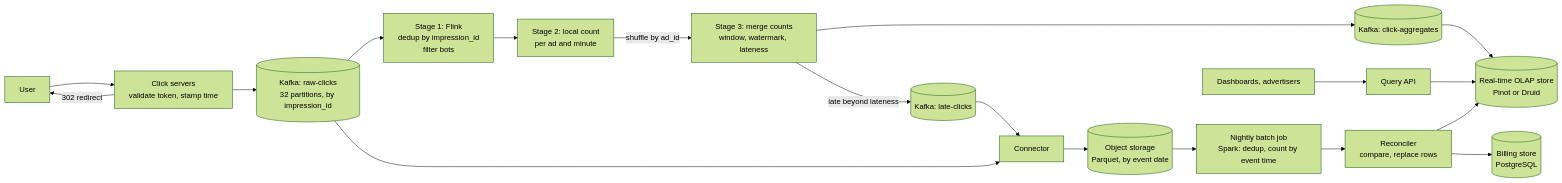
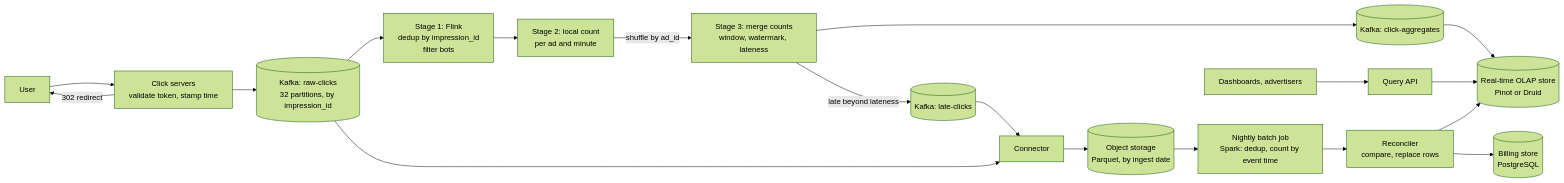
Before and after one commit to chaandharaghav/dsa-interview-guide: the first of 3 diagrams in kb/hld/case-studies/21-ad-click-aggregation.md, drawn with Mermaid (forest theme). The commit also changed other lines of this file and 1 other file, not shown here.

````diff
--- a/kb/hld/case-studies/21-ad-click-aggregation.md
+++ b/kb/hld/case-studies/21-ad-click-aggregation.md
@@ -171,20 +171,20 @@
 ```mermaid
 flowchart LR
     U[User] --> CS[Click servers<br/>validate token, stamp time]
     CS -->|302 redirect| U
     CS --> RAW[(Kafka: raw-clicks<br/>32 partitions, by impression_id)]
     RAW --> S1[Stage 1: Flink<br/>dedup by impression_id<br/>filter bots]
     S1 --> S2[Stage 2: local count<br/>per ad and minute]
     S2 -->|shuffle by ad_id| S3[Stage 3: merge counts<br/>window, watermark, lateness]
     S3 --> AGG[(Kafka: click-aggregates)]
     S3 -->|late beyond lateness| LATE[(Kafka: late-clicks)]
     AGG --> OLAP[(Real-time OLAP store<br/>Pinot or Druid)]
-    RAW --> SINK[Connector] --> OBJ[(Object storage<br/>Parquet, by event date)]
+    RAW --> SINK[Connector] --> OBJ[(Object storage<br/>Parquet, by ingest date)]
     LATE --> SINK
     OBJ --> B[Nightly batch job<br/>Spark: dedup, count by event time]
     B --> REC[Reconciler<br/>compare, replace rows]
     REC --> OLAP
     REC --> BILL[(Billing store<br/>PostgreSQL)]
     Q[Query API] --> OLAP
     D[Dashboards, advertisers] --> Q
 ```
````
